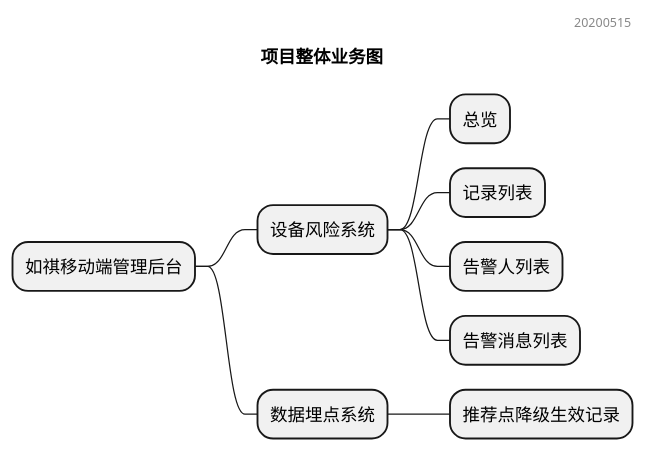
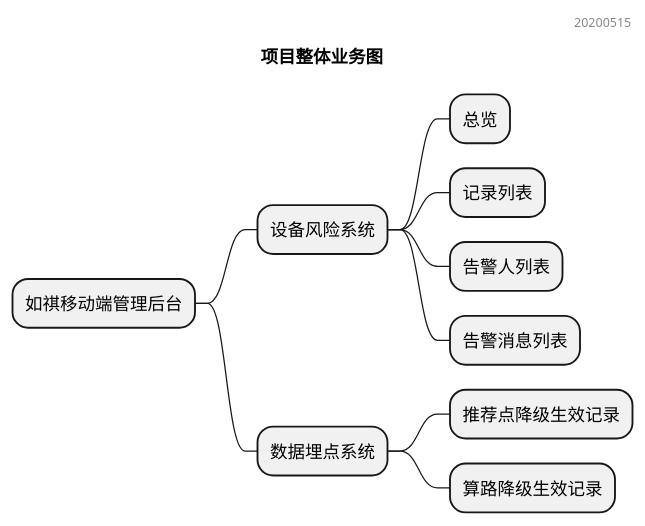
The diagram in puml/思维导图-项目整体业务.puml (yuqiyich/chat_server), drawn with PlantUML before and after one commit. The commit also changed 7 other files, not shown here.

```diff
--- a/puml/思维导图-项目整体业务.puml
+++ b/puml/思维导图-项目整体业务.puml
@@ -1,31 +1,32 @@
 @startmindmap
 
 header 20200515
 
 title 项目整体业务图
 
 * 如祺移动端管理后台
 
 ** 设备风险系统
 *** 总览
 '****_ 应用
 '****_ 时间范围
 '****_ 上报次数（类别分类统计）
 '****_ 首次上报时间（时间范围内）
 '****_ 最近上报时间（时间范围内）
 '****_ 类别
 '*****_ 风险类型
 '*****_ APP版本号
 '*****_ 设备型号
 '*****_ 设备品牌
 '*****_ 用户手机号
 '*****_ 设备ID
 '*****_ 系统版本
 *** 记录列表
 *** 告警人列表
 *** 告警消息列表
 
 ** 数据埋点系统
 *** 推荐点降级生效记录
+*** 算路降级生效记录
 
 @endmindmap
```
